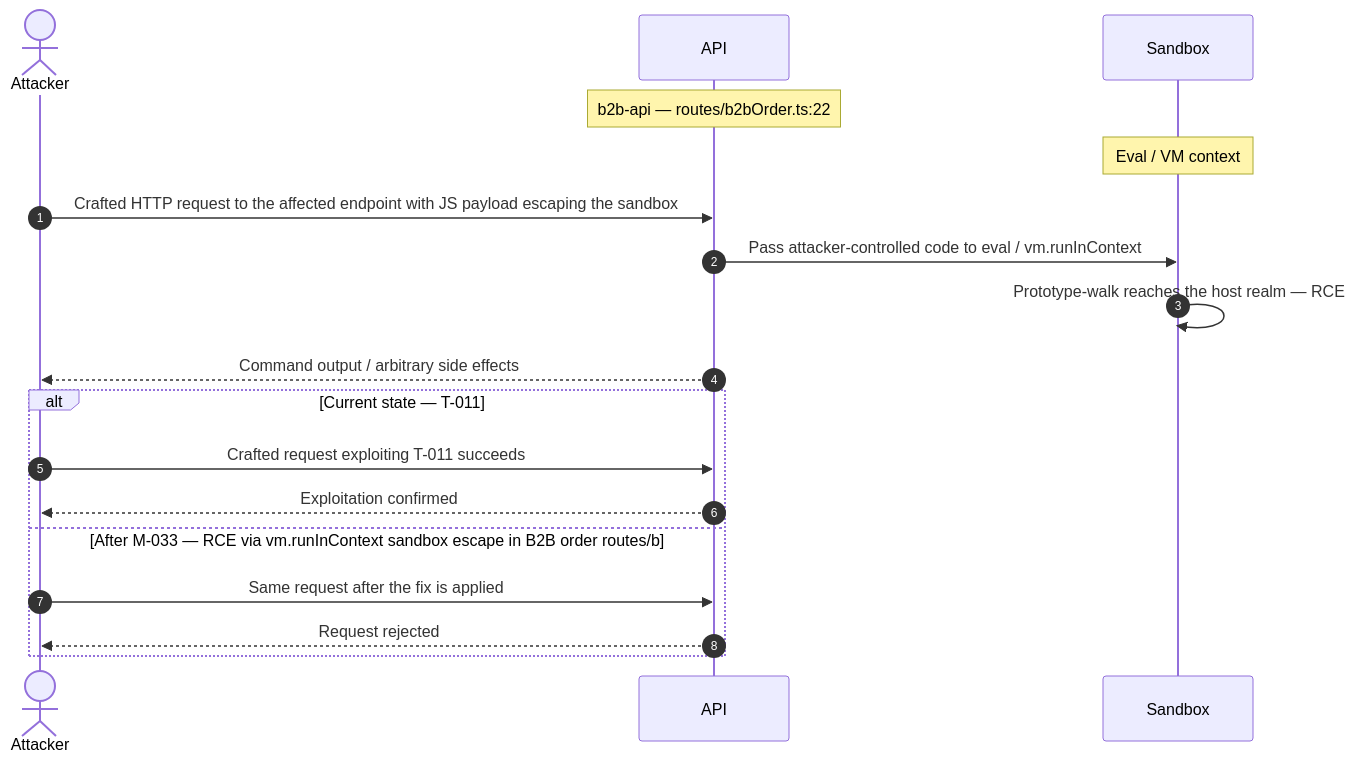
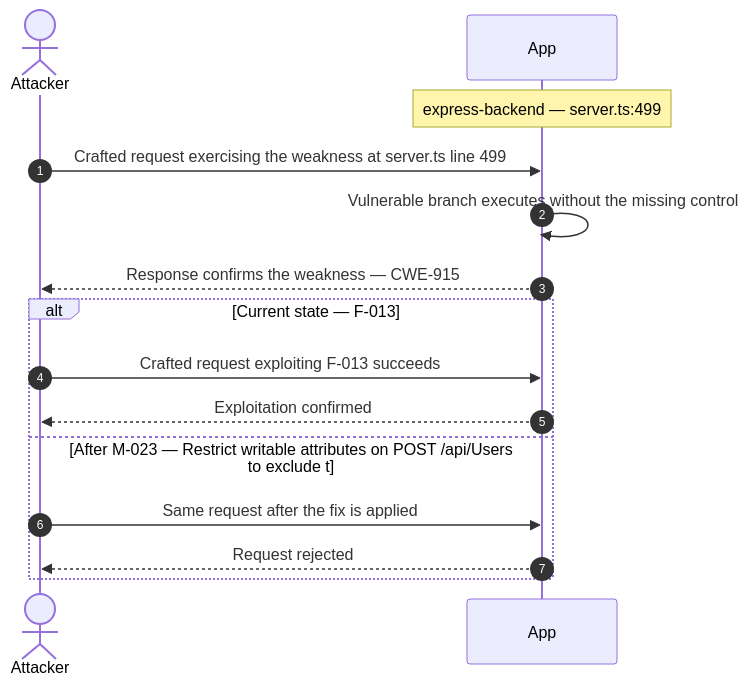
Diagram 11 of 12 in tests/fixtures/e2e/_repair-run/.fragments/_chain-skeleton.md (appsec-foundry/appsec-advisor), drawn with Mermaid before and after one commit. The commit also changed other lines of this file and 184 other files, not shown here.

````diff
--- a/tests/fixtures/e2e/_repair-run/.fragments/_chain-skeleton.md
+++ b/tests/fixtures/e2e/_repair-run/.fragments/_chain-skeleton.md
@@ -374,20 +414,17 @@
 ```mermaid
 sequenceDiagram
     autonumber
     actor Attacker
-    participant API
-    participant Sandbox
-    Note over API: b2b-api — routes/b2bOrder.ts:22
-    Note over Sandbox: Eval / VM context
-    Attacker->>API: Crafted HTTP request to the affected endpoint with JS payload escaping the sandbox
-    API->>Sandbox: Pass attacker-controlled code to eval / vm.runInContext
-    Sandbox->>Sandbox: Prototype-walk reaches the host realm — RCE
-    API-->>Attacker: Command output / arbitrary side effects
-    alt Current state — T-011
-        Attacker->>API: Crafted request exploiting T-011 succeeds
-        API-->>Attacker: Exploitation confirmed
-    else After M-033 — RCE via vm.runInContext sandbox escape in B2B order routes/b
-        Attacker->>API: Same request after the fix is applied
-        API-->>Attacker: Request rejected
+    participant App
+    Note over App: express-backend — server.ts:499
+    Attacker->>App: Crafted request exercising the weakness at server.ts line 499
+    App->>App: Vulnerable branch executes without the missing control
+    App-->>Attacker: Response confirms the weakness — CWE-915
+    alt Current state — F-013
+        Attacker->>App: Crafted request exploiting F-013 succeeds
+        App-->>Attacker: Exploitation confirmed
+    else After M-023 — Restrict writable attributes on POST /api/Users to exclude t
+        Attacker->>App: Same request after the fix is applied
+        App-->>Attacker: Request rejected
     end
 ```
````
